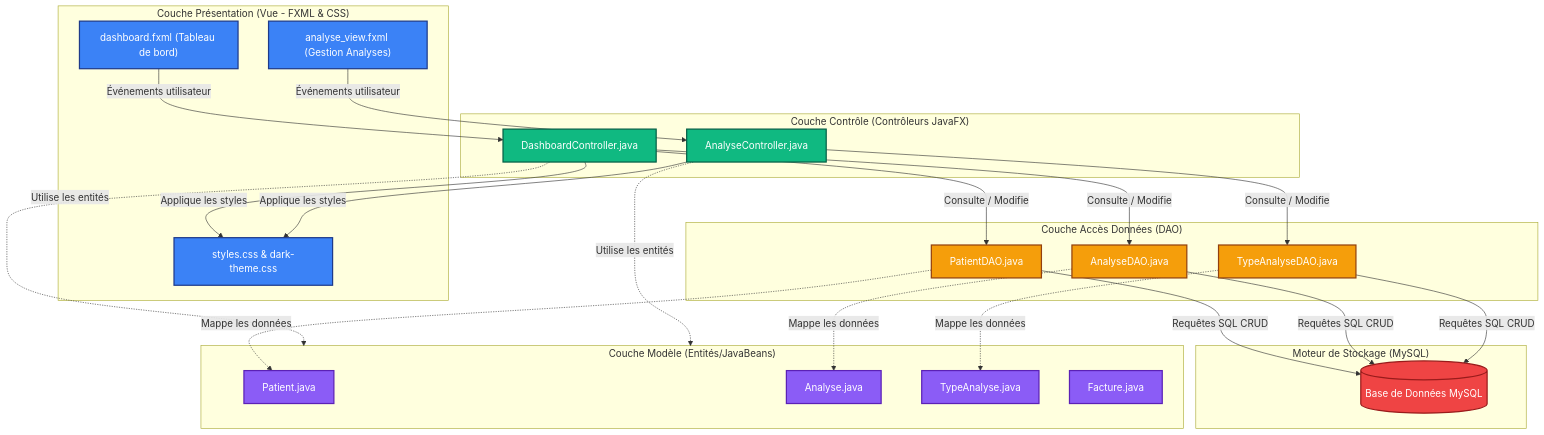
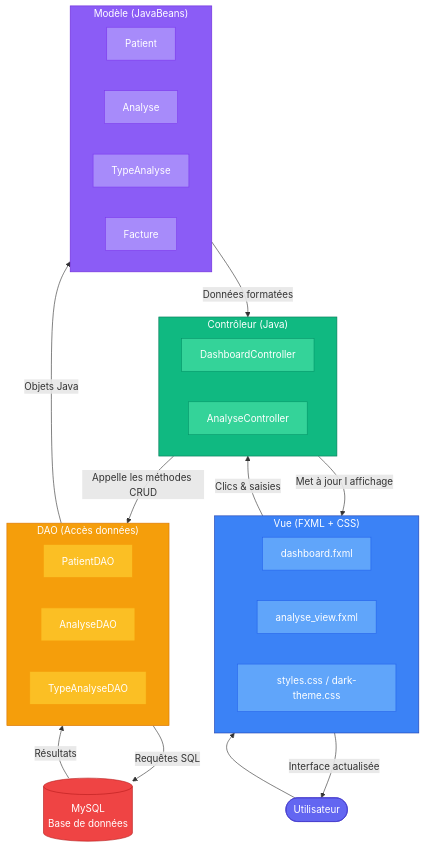
The diagram in README.md (othmaniihssane-cpu/prj_java_gestion_labo), drawn with Mermaid before and after one commit.

````diff
--- a/README.md
+++ b/README.md
@@ -83,58 +83,59 @@
 ```mermaid
-graph TD
-    %% Define Styles
-    classDef ui fill:#3B82F6,stroke:#1E3A8A,stroke-width:2px,color:#fff;
-    classDef controller fill:#10B981,stroke:#065F46,stroke-width:2px,color:#fff;
-    classDef dao fill:#F59E0B,stroke:#92400E,stroke-width:2px,color:#fff;
-    classDef db fill:#EF4444,stroke:#991B1B,stroke-width:2px,color:#fff;
-    classDef model fill:#8B5CF6,stroke:#5B21B6,stroke-width:2px,color:#fff;
+flowchart TD
+    U([Utilisateur]) --> V
 
-    %% Architecture Nodes
-    subgraph UI ["Couche Présentation (Vue - FXML & CSS)"]
-        V1["dashboard.fxml (Tableau de bord)"]:::ui
-        V2["analyse_view.fxml (Gestion Analyses)"]:::ui
-        V3["styles.css & dark-theme.css"]:::ui
+    subgraph V ["Vue (FXML + CSS)"]
+        V1[dashboard.fxml]
+        V2[analyse_view.fxml]
+        V3[styles.css / dark-theme.css]
     end
 
-    subgraph CTRL ["Couche Contrôle (Contrôleurs JavaFX)"]
-        C1["DashboardController.java"]:::controller
-        C2["AnalyseController.java"]:::controller
+    V -->|Clics & saisies| C
+
+    subgraph C ["Contrôleur (Java)"]
+        C1[DashboardController]
+        C2[AnalyseController]
     end
 
-    subgraph DAO ["Couche Accès Données (DAO)"]
-        D1["PatientDAO.java"]:::dao
-        D2["AnalyseDAO.java"]:::dao
-        D3["TypeAnalyseDAO.java"]:::dao
+    C -->|Appelle les méthodes CRUD| D
+
+    subgraph D ["DAO (Accès données)"]
+        D1[PatientDAO]
+        D2[AnalyseDAO]
+        D3[TypeAnalyseDAO]
     end
 
-    subgraph DB ["Moteur de Stockage (MySQL)"]
-        DB1[("Base de Données MySQL")]:::db
+    D -->|Requêtes SQL| DB[("MySQL<br/>Base de données")]
+    DB -->|Résultats| D
+    D -->|Objets Java| M
+
+    subgraph M ["Modèle (JavaBeans)"]
+        M1[Patient]
+        M2[Analyse]
+        M3[TypeAnalyse]
+        M4[Facture]
     end
 
-    subgraph MDL ["Couche Modèle (Entités/JavaBeans)"]
-        M1["Patient.java"]:::model
-        M2["Analyse.java"]:::model
-        M3["TypeAnalyse.java"]:::model
-        M4["Facture.java"]:::model
-    end
+    M -->|Données formatées| C
+    C -->|Met à jour l affichage| V
+    V -->|Interface actualisée| U
 
-    %% Architecture Links
-    V1 -->|Événements utilisateur| C1
-    V2 -->|Événements utilisateur| C2
-    C1 -->|Applique les styles| V3
-    C2 -->|Applique les styles| V3
-
-    C1 -->|Consulte / Modifie| D1
-    C1 -->|Consulte / Modifie| D2
-    C2 -->|Consulte / Modifie| D3
-
-    D1 -->|Requêtes SQL CRUD| DB1
-    D2 -->|Requêtes SQL CRUD| DB1
-    D3 -->|Requêtes SQL CRUD| DB1
-
-    D1 .->|Mappe les données| M1
-    D2 .->|Mappe les données| M2
-    D3 .->|Mappe les données| M3
-    C1 .->|Utilise les entités| MDL
-    C2 .->|Utilise les entités| MDL
+    style U fill:#6366F1,stroke:#4338CA,color:#fff
+    style V fill:#3B82F6,stroke:#1E40AF,color:#fff
+    style V1 fill:#60A5FA,stroke:#2563EB,color:#fff
+    style V2 fill:#60A5FA,stroke:#2563EB,color:#fff
+    style V3 fill:#60A5FA,stroke:#2563EB,color:#fff
+    style C fill:#10B981,stroke:#047857,color:#fff
+    style C1 fill:#34D399,stroke:#059669,color:#fff
+    style C2 fill:#34D399,stroke:#059669,color:#fff
+    style D fill:#F59E0B,stroke:#D97706,color:#fff
+    style D1 fill:#FBBF24,stroke:#F59E0B,color:#fff
+    style D2 fill:#FBBF24,stroke:#F59E0B,color:#fff
+    style D3 fill:#FBBF24,stroke:#F59E0B,color:#fff
+    style DB fill:#EF4444,stroke:#B91C1C,color:#fff
+    style M fill:#8B5CF6,stroke:#6D28D9,color:#fff
+    style M1 fill:#A78BFA,stroke:#7C3AED,color:#fff
+    style M2 fill:#A78BFA,stroke:#7C3AED,color:#fff
+    style M3 fill:#A78BFA,stroke:#7C3AED,color:#fff
+    style M4 fill:#A78BFA,stroke:#7C3AED,color:#fff
  ```
````
